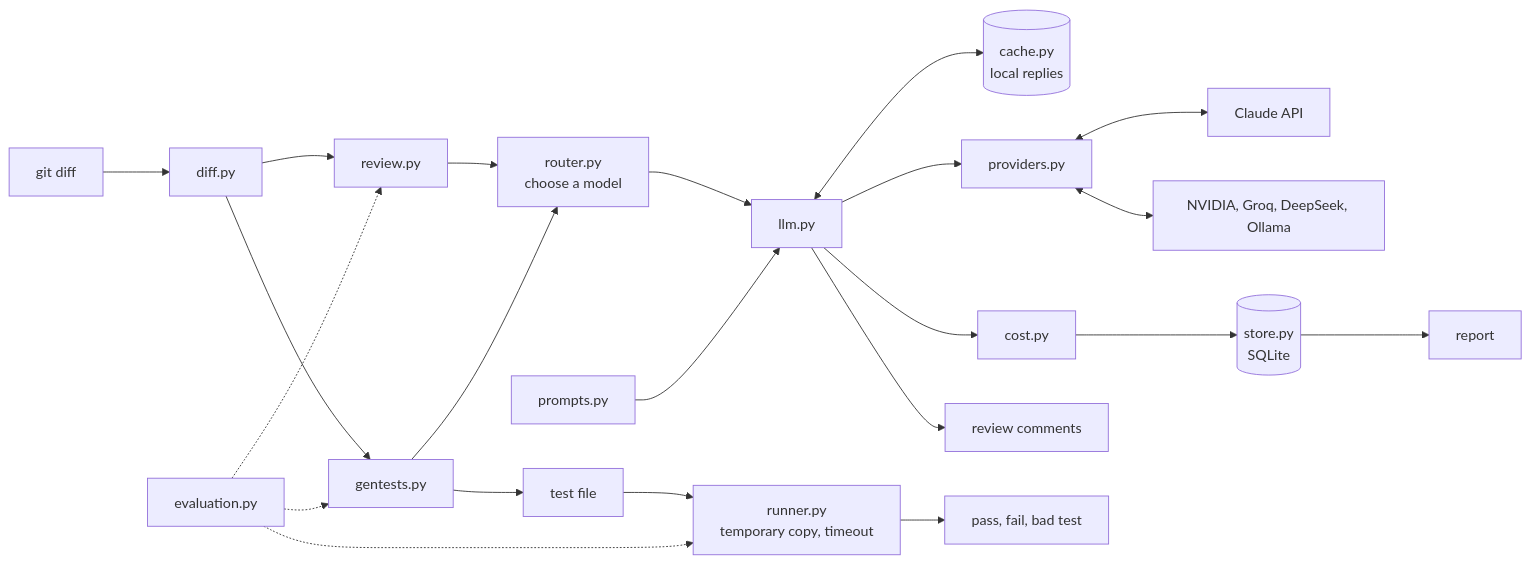
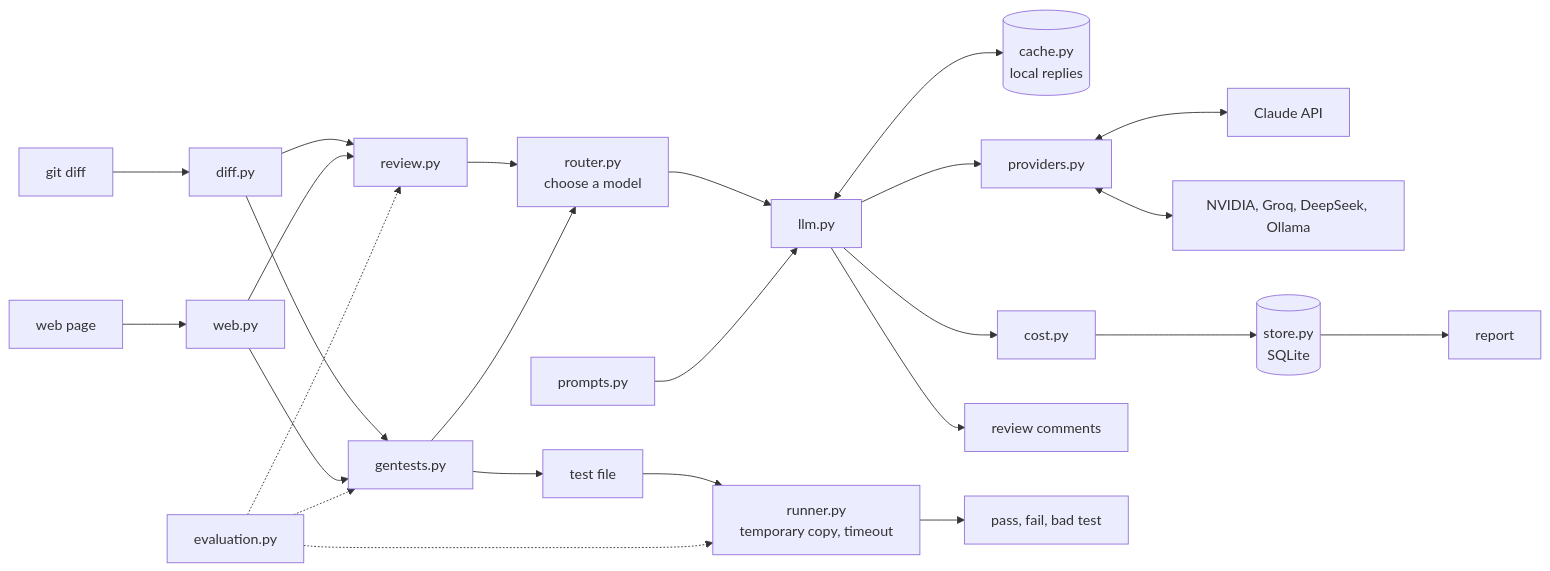
Before and after one commit to Vanshaj200/patchpilot: the diagram in README.md, drawn with Mermaid. The commit also changed other lines of this file, not shown here.

Commit message:
docs: describe the web page and update the project status

````diff
--- a/README.md
+++ b/README.md
@@ -12,21 +12,24 @@
 ```mermaid
 flowchart LR
     diff[git diff] --> parse[diff.py]
     parse --> review[review.py]
     parse --> gentests[gentests.py]
     review --> router[router.py<br/>choose a model]
     gentests --> router
     router --> llm[llm.py]
     prompts[prompts.py] --> llm
     llm <--> cache[(cache.py<br/>local replies)]
     llm --> providers[providers.py]
     providers <--> claude[Claude API]
     providers <--> other[NVIDIA, Groq, DeepSeek, Ollama]
     llm --> cost[cost.py] --> store[(store.py<br/>SQLite)] --> report[report]
     llm --> comments[review comments]
     gentests --> file[test file] --> runner[runner.py<br/>temporary copy, timeout]
     runner --> verdicts[pass, fail, bad test]
+    page[web page] --> web[web.py]
+    web --> review
+    web --> gentests
     evaluation[evaluation.py] -.-> review
     evaluation -.-> gentests
     evaluation -.-> runner
 ```
````
